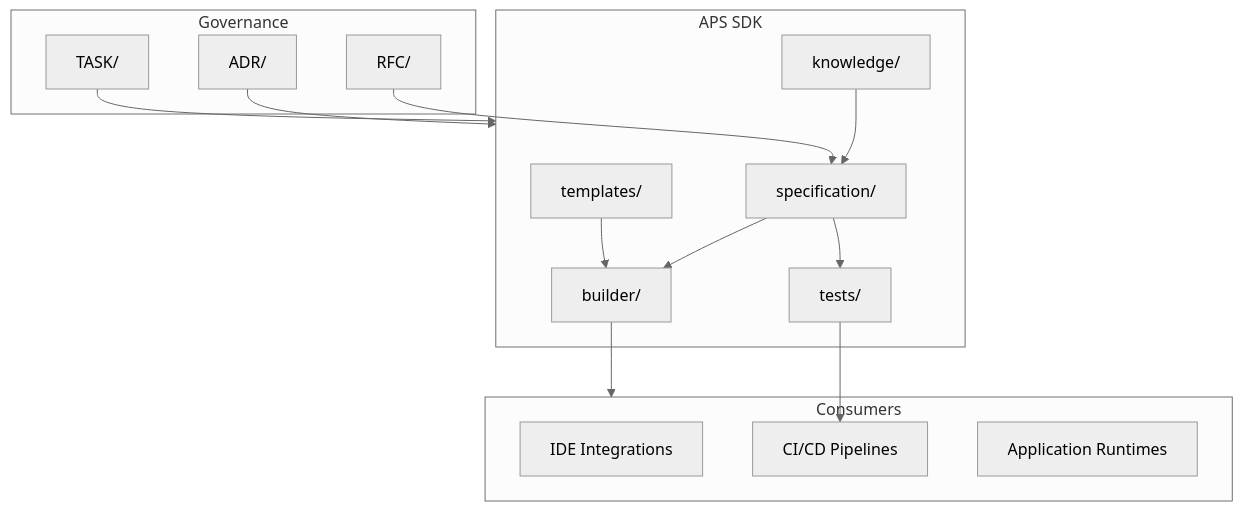
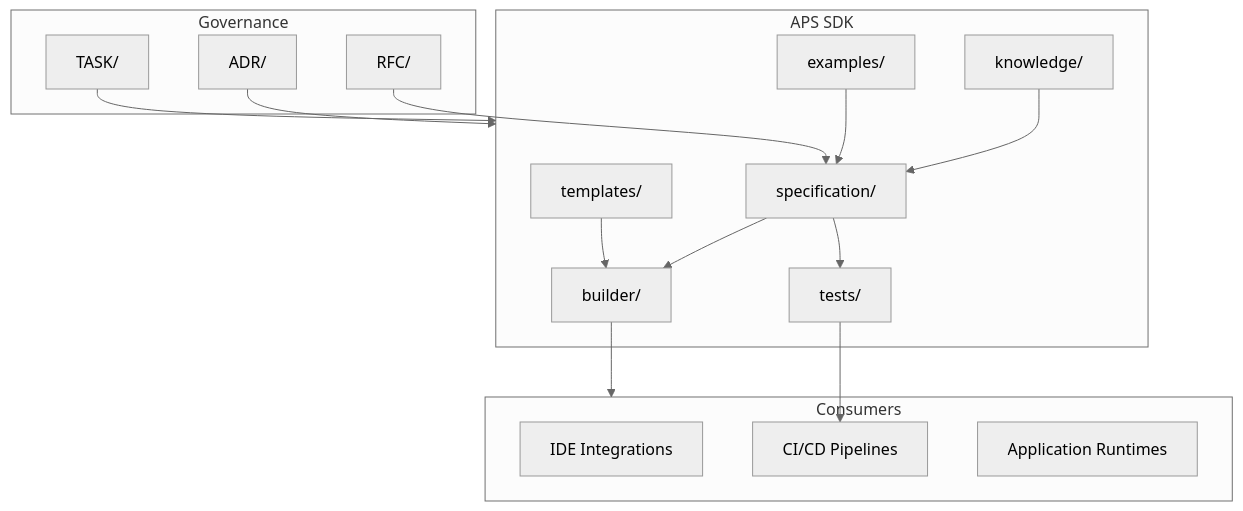
The diagram in ARCHITECTURE.md (majormguarde/aps), drawn with Mermaid (neutral theme) before and after one commit. The commit also changed other lines of this file and 8 other files, not shown here.

Commit message:
docs: align repository structure with approved APS SDK architecture

````diff
--- a/ARCHITECTURE.md
+++ b/ARCHITECTURE.md
@@ -15,32 +15,34 @@
 ```mermaid
 flowchart TB
     subgraph consumers [Consumers]
         IDE[IDE Integrations]
         CI[CI/CD Pipelines]
         Apps[Application Runtimes]
     end
 
     subgraph sdk [APS SDK]
         Spec[specification/]
         Builder[builder/]
         Templates[templates/]
         Knowledge[knowledge/]
+        Examples[examples/]
         Tests[tests/]
     end
 
     subgraph governance [Governance]
         RFC[RFC/]
         ADR[ADR/]
         Task[TASK/]
     end
 
     Spec --> Builder
     Spec --> Tests
     Templates --> Builder
     Knowledge --> Spec
+    Examples --> Spec
     RFC --> Spec
     ADR --> sdk
     Task --> sdk
     Builder --> consumers
     Tests --> CI
 ```
````
